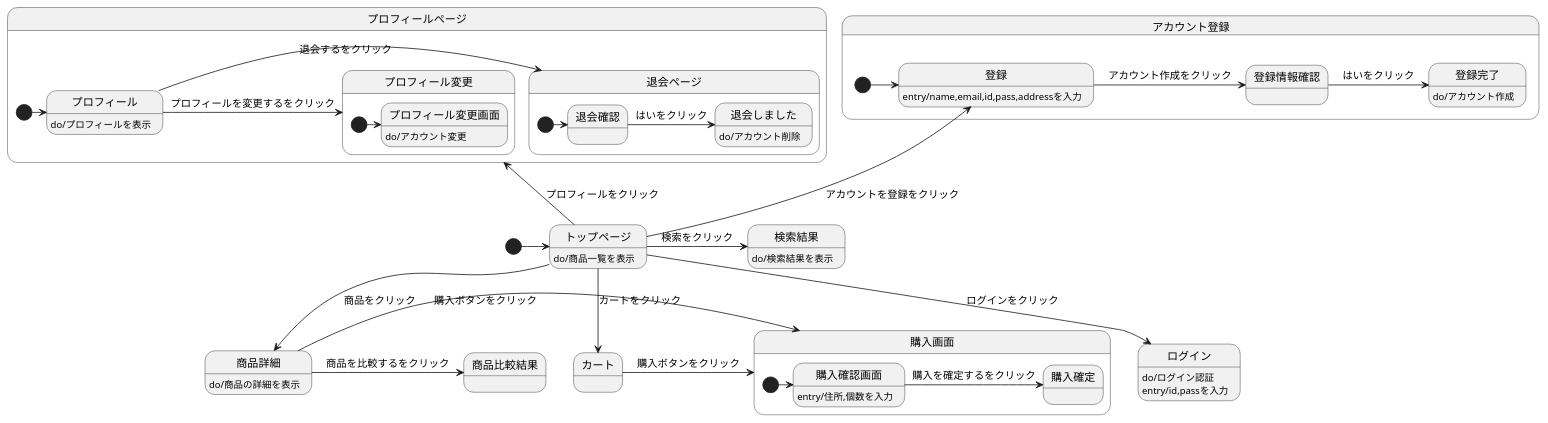
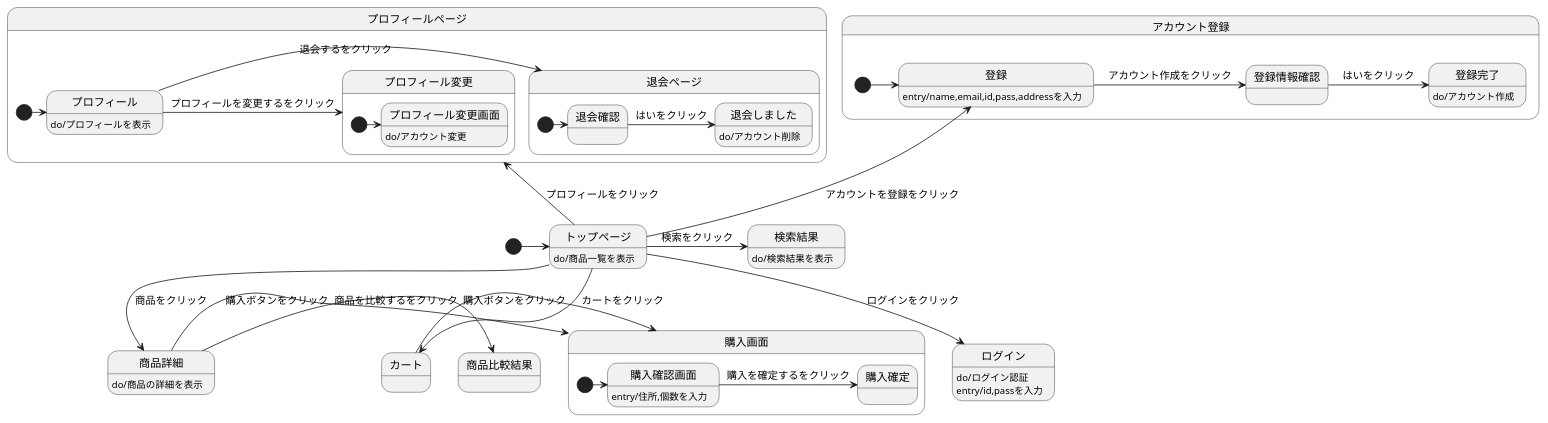
The diagram in stm01.md (Aso2001159/2021sys-design), drawn with PlantUML before and after one commit.

````diff
--- a/stm01.md
+++ b/stm01.md
@@ -1,48 +1,48 @@
 ```uml
 
 @startuml
 [*]->トップページ
 トップページ : do/商品一覧を表示
 トップページ-->商品詳細 : 商品をクリック
   商品詳細 : do/商品の詳細を表示
-  商品詳細 -> 商品比較結果 : 商品を比較するをクリック
+  商品詳細 -left-> 商品比較結果 : 商品を比較するをクリック
   商品詳細-> 購入画面 :　購入ボタンをクリック
 トップページ-down->ログイン :ログインをクリック
   ログイン : do/ログイン認証
   ログイン : entry/id,passを入力
 トップページ-->カート :カートをクリック
 カート -> 購入画面 : 購入ボタンをクリック
 state 購入画面{
   [*]-> 購入確認画面
   購入確認画面 : entry/住所,個数を入力
   購入確認画面 -> 購入確定 : 購入を確定するをクリック
 }
 state アカウント登録{
 [*]-> 登録 
   トップページ-up-> 登録 :アカウントを登録をクリック
   登録 : entry/name,email,id,pass,addressを入力
   登録 ->登録情報確認: アカウント作成をクリック
   登録情報確認 -> 登録完了: はいをクリック
     登録完了: do/アカウント作成
   }
 トップページ->検索結果 :検索をクリック
   検索結果 : do/検索結果を表示
 トップページ-up->プロフィールページ :プロフィールをクリック
 state プロフィールページ{
 [*] -> プロフィール
 プロフィール : do/プロフィールを表示
   プロフィール ->退会ページ :退会するをクリック
   state 退会ページ{
     [*]-> 退会確認 
     退会確認-> 退会しました : はいをクリック
       退会しました : do/アカウント削除
     }
     プロフィール -> プロフィール変更 : プロフィールを変更するをクリック
     state プロフィール変更{
       [*]-> プロフィール変更画面
       プロフィール変更画面 : do/アカウント変更
     }
  }
 @enduml
 
 ```
````
